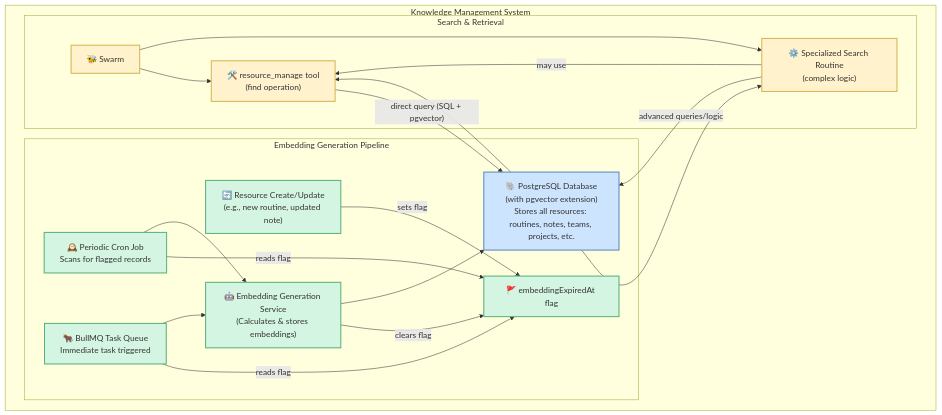
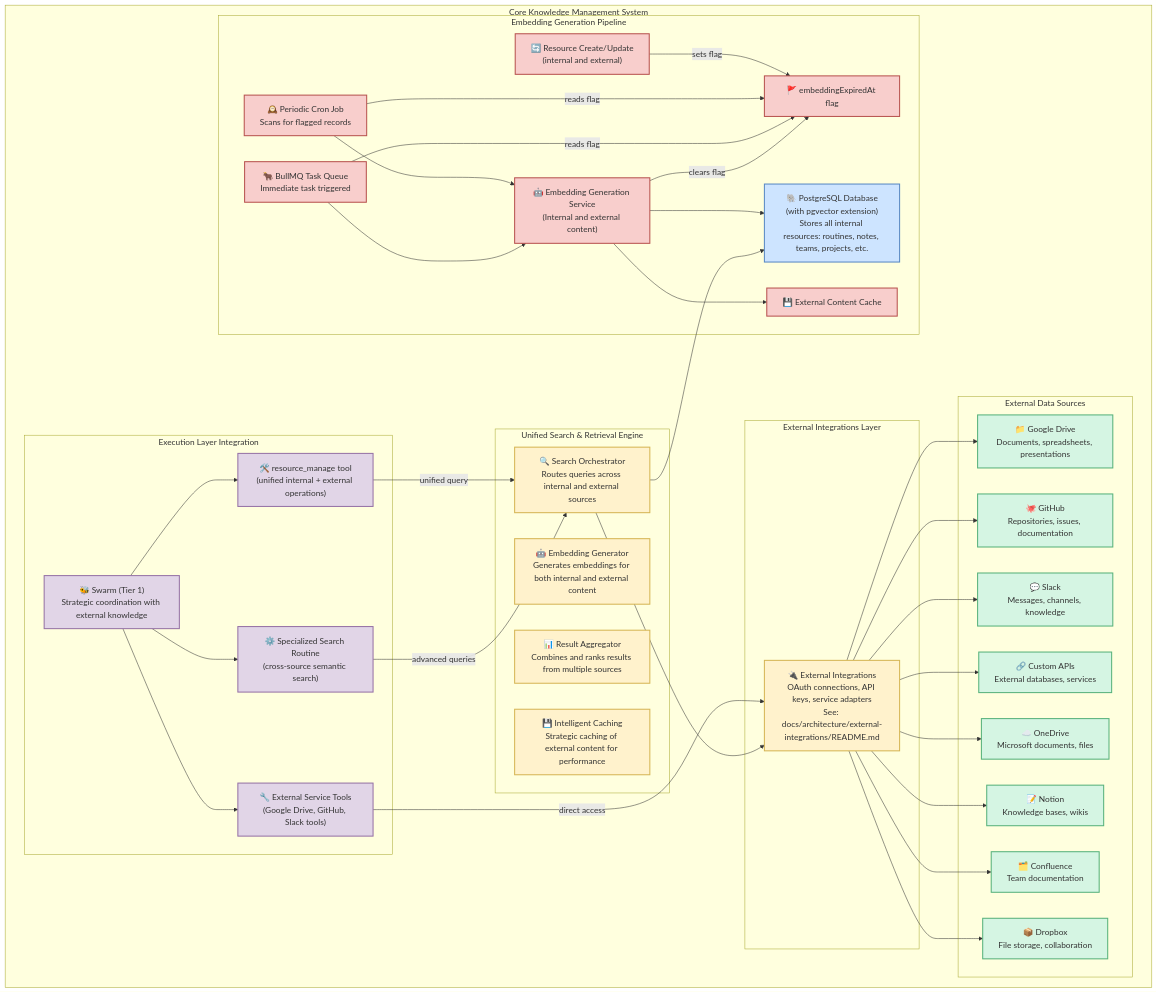
Before and after one commit to Vrooli/Vrooli: the first of 3 diagrams in docs/architecture/execution/knowledge-base/README.md, drawn with Mermaid. The commit also changed other lines of this file and 10 other files, not shown here.

````diff
--- a/docs/architecture/execution/knowledge-base/README.md
+++ b/docs/architecture/execution/knowledge-base/README.md
@@ -7,42 +7,78 @@
 ```mermaid
 graph TB
-    subgraph "Knowledge Management System"
-        PostgreSQL["🐘 PostgreSQL Database\n(with pgvector extension)\nStores all resources: routines, notes, teams, projects, etc."]
+    subgraph "Core Knowledge Management System"
+        PostgreSQL["🐘 PostgreSQL Database\n(with pgvector extension)\nStores all internal resources: routines, notes, teams, projects, etc."]
+        
+        subgraph "External Data Sources"
+            GoogleDrive["📁 Google Drive\nDocuments, spreadsheets, presentations"]
+            GitHub["🐙 GitHub\nRepositories, issues, documentation"]
+            Slack["💬 Slack\nMessages, channels, knowledge"]
+            CustomAPIs["🔗 Custom APIs\nExternal databases, services"]
+            OneDrive["☁️ OneDrive\nMicrosoft documents, files"]
+            Notion["📝 Notion\nKnowledge bases, wikis"]
+            Confluence["🗂️ Confluence\nTeam documentation"]
+            Dropbox["📦 Dropbox\nFile storage, collaboration"]
+        end
+        
+        subgraph "External Integrations Layer"
+            ExternalIntegrations["🔌 External Integrations\nOAuth connections, API keys, service adapters\nSee: docs/architecture/external-integrations/README.md"]
+        end
+        
+        subgraph "Unified Search & Retrieval Engine"
+            SearchOrchestrator["🔍 Search Orchestrator\nRoutes queries across internal and external sources"]
+            EmbeddingGenerator["🤖 Embedding Generator\nGenerates embeddings for both internal and external content"]
+            ResultAggregator["📊 Result Aggregator\nCombines and ranks results from multiple sources"]
+            IntelligentCaching["💾 Intelligent Caching\nStrategic caching of external content for performance"]
+        end
         
         subgraph "Embedding Generation Pipeline"
-            ResourceCRUD["🔄 Resource Create/Update\n(e.g., new routine, updated note)"] --sets flag--> EmbeddingFlag["🚩 embeddingExpiredAt flag"]
+            ResourceCRUD["🔄 Resource Create/Update\n(internal and external)"] --sets flag--> EmbeddingFlag["🚩 embeddingExpiredAt flag"]
             CronJob["🕰️ Periodic Cron Job\nScans for flagged records"] --reads flag--> EmbeddingFlag
             BullMQ["🐂 BullMQ Task Queue\nImmediate task triggered"] --reads flag--> EmbeddingFlag
-            EmbeddingService["🤖 Embedding Generation Service\n(Calculates & stores embeddings)"]
+            EmbeddingService["🤖 Embedding Generation Service\n(Internal and external content)"]
             CronJob --> EmbeddingService
             BullMQ --> EmbeddingService
             EmbeddingService --clears flag--> EmbeddingFlag
             EmbeddingService --> PostgreSQL
+            EmbeddingService --> ExternalCache["💾 External Content Cache"]
         end
 
-        subgraph "Search & Retrieval"
-            Swarm["🐝 Swarm"]
-            ManageResourceTool["🛠️ resource_manage tool\n(find operation)"]
-            SearchRoutine["⚙️ Specialized Search Routine\n(complex logic)"]
+        subgraph "Execution Layer Integration"
+            Swarm["🐝 Swarm (Tier 1)\nStrategic coordination with external knowledge"]
+            ManageResourceTool["🛠️ resource_manage tool\n(unified internal + external operations)"]
+            SearchRoutine["⚙️ Specialized Search Routine\n(cross-source semantic search)"]
+            ExternalTools["🔧 External Service Tools\n(Google Drive, GitHub, Slack tools)"]
             
             Swarm --> ManageResourceTool
             Swarm --> SearchRoutine
+            Swarm --> ExternalTools
             
-            ManageResourceTool --direct query (SQL + pgvector)--> PostgreSQL
-            SearchRoutine --advanced queries/logic--> PostgreSQL
-            SearchRoutine --may use--> ManageResourceTool
+            ManageResourceTool --unified query--> SearchOrchestrator
+            SearchRoutine --advanced queries--> SearchOrchestrator
+            ExternalTools --direct access--> ExternalIntegrations
             
-            PostgreSQL --> ManageResourceTool
-            PostgreSQL --> SearchRoutine
+            SearchOrchestrator --> PostgreSQL
+            SearchOrchestrator --> ExternalIntegrations
+            ExternalIntegrations --> GoogleDrive
+            ExternalIntegrations --> GitHub  
+            ExternalIntegrations --> Slack
+            ExternalIntegrations --> CustomAPIs
+            ExternalIntegrations --> OneDrive
+            ExternalIntegrations --> Notion
+            ExternalIntegrations --> Confluence
+            ExternalIntegrations --> Dropbox
         end
     end
 
     classDef database fill:#cde4ff,stroke:#5a89c4,stroke-width:2px
-    classDef pipeline fill:#d5f5e3,stroke:#58b27c,stroke-width:2px
-    classDef search fill:#fff2cc,stroke:#d6b656,stroke-width:2px
-    classDef component fill:#f8cecc,stroke:#b85450,stroke-width:2px
+    classDef external fill:#d5f5e3,stroke:#58b27c,stroke-width:2px
+    classDef integration fill:#fff2cc,stroke:#d6b656,stroke-width:2px
+    classDef search fill:#f8cecc,stroke:#b85450,stroke-width:2px
+    classDef execution fill:#e1d5e7,stroke:#9673a6,stroke-width:2px
 
     class PostgreSQL database
-    class ResourceCRUD,EmbeddingFlag,CronJob,BullMQ,EmbeddingService pipeline
-    class Swarm,ManageResourceTool,SearchRoutine search
+    class GoogleDrive,GitHub,Slack,CustomAPIs,OneDrive,Notion,Confluence,Dropbox external
+    class ExternalIntegrations,SearchOrchestrator,EmbeddingGenerator,ResultAggregator,IntelligentCaching integration
+    class ResourceCRUD,EmbeddingFlag,CronJob,BullMQ,EmbeddingService,ExternalCache search
+    class Swarm,ManageResourceTool,SearchRoutine,ExternalTools execution
 ```
````
